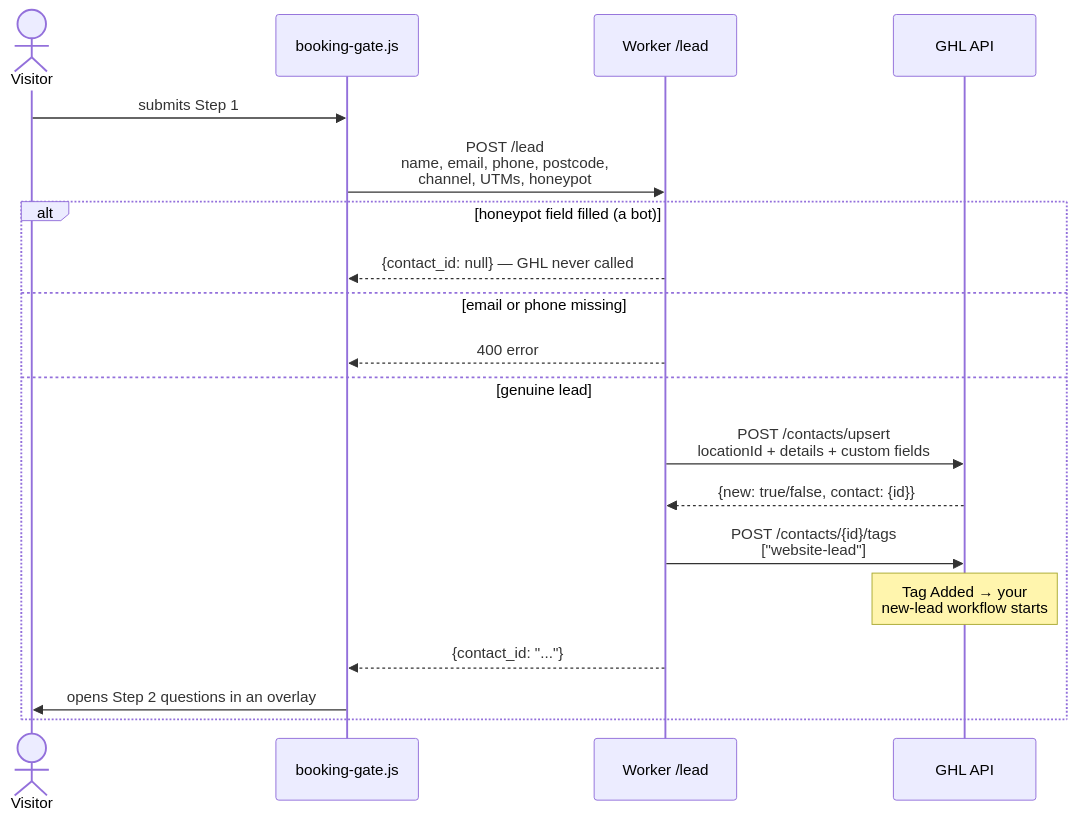
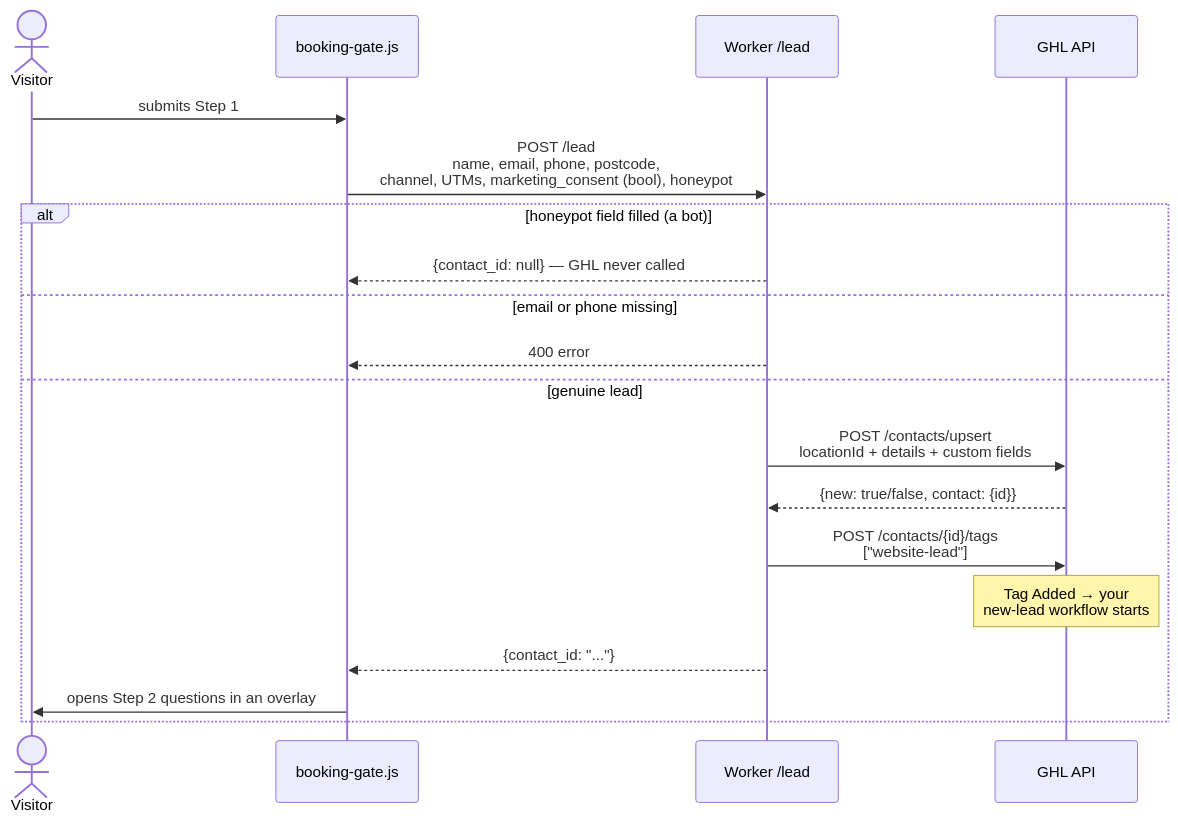
Before and after one commit to VantagePointFacilityServices/vpfs-website: the fourth of 11 diagrams in docs/WORKER.md, drawn with Mermaid. The commit also changed other lines of this file and 31 other files, not shown here.

````diff
--- a/docs/WORKER.md
+++ b/docs/WORKER.md
@@ -247,22 +247,22 @@
 ```mermaid
 sequenceDiagram
     actor V as Visitor
     participant B as booking-gate.js
     participant W as Worker /lead
     participant G as GHL API
 
     V->>B: submits Step 1
-    B->>W: POST /lead<br/>name, email, phone, postcode,<br/>channel, UTMs, honeypot
+    B->>W: POST /lead<br/>name, email, phone, postcode,<br/>channel, UTMs, marketing_consent (bool), honeypot
     alt honeypot field filled (a bot)
         W-->>B: {contact_id: null} — GHL never called
     else email or phone missing
         W-->>B: 400 error
     else genuine lead
         W->>G: POST /contacts/upsert<br/>locationId + details + custom fields
         G-->>W: {new: true/false, contact: {id}}
         W->>G: POST /contacts/{id}/tags<br/>["website-lead"]
         Note over G: Tag Added → your<br/>new-lead workflow starts
         W-->>B: {contact_id: "..."}
         B->>V: opens Step 2 questions in an overlay
     end
 ```
````
